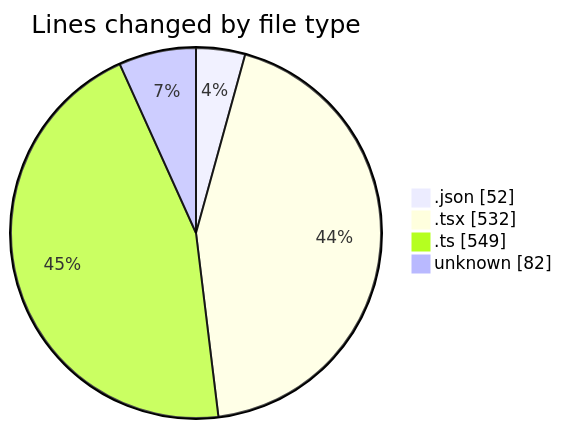
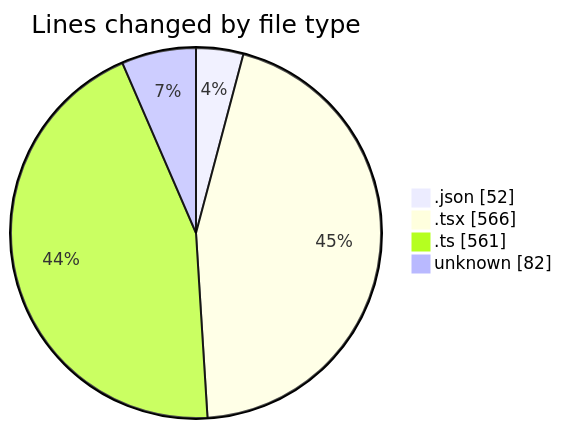
The first of 2 diagrams in 2025-10-29/eventscop-frontend-guide__workspace_/README.md (julien-gomy/code-tracking), drawn with Mermaid before and after one commit. The commit also changed other lines of this file and 1 other file, not shown here.

````diff
--- a/2025-10-29/eventscop-frontend-guide__workspace_/README.md
+++ b/2025-10-29/eventscop-frontend-guide__workspace_/README.md
@@ -34,8 +34,8 @@
 ```mermaid
 pie showData
 title Lines changed by file type
 ".json" : 52
-".tsx" : 532
-".ts" : 549
+".tsx" : 566
+".ts" : 561
 "unknown" : 82
 ```
````
